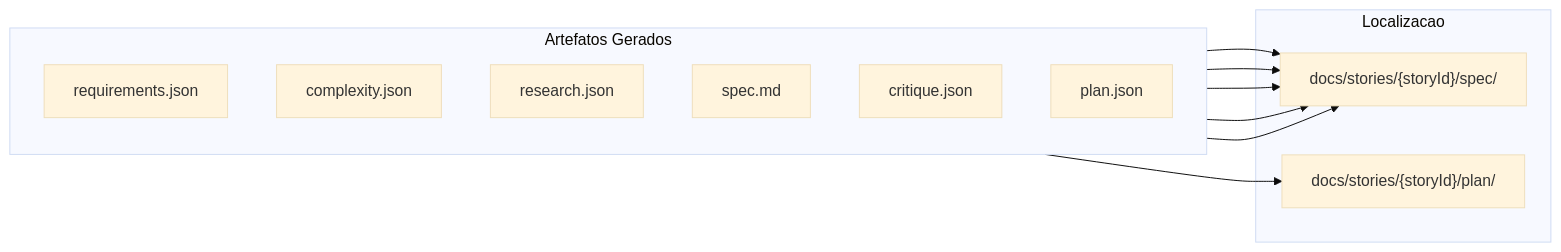
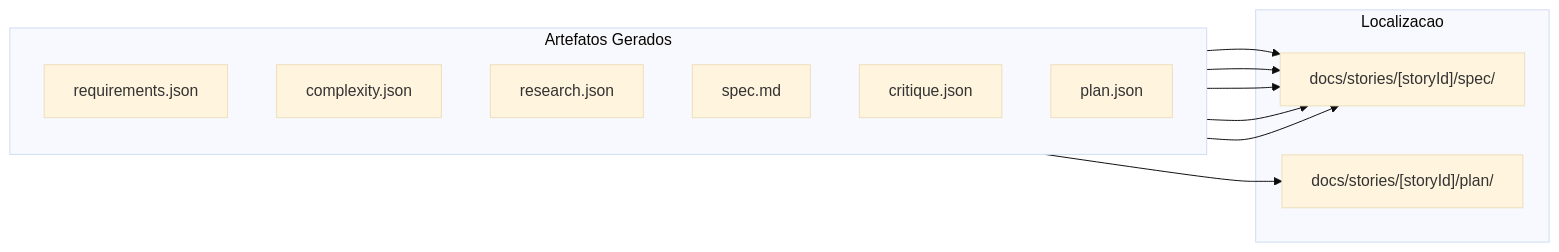
Diagram 11 of 17 in content/en/docs/guides/workflows/SPEC-PIPELINE-WORKFLOW.mdx (bychrisr/aios-docs), drawn with Mermaid (base theme) before and after one commit. The commit also changed other lines of this file and 40 other files, not shown here.

````diff
--- a/content/en/docs/guides/workflows/SPEC-PIPELINE-WORKFLOW.mdx
+++ b/content/en/docs/guides/workflows/SPEC-PIPELINE-WORKFLOW.mdx
@@ -791,24 +791,24 @@
 ```mermaid
 flowchart LR
     subgraph OUTPUT["Artefatos Gerados"]
         direction TB
         O1["requirements.json"]
         O2["complexity.json"]
         O3["research.json"]
         O4["spec.md"]
         O5["critique.json"]
         O6["plan.json"]
     end
 
     subgraph LOCATION["Localizacao"]
-        L["docs/stories/{storyId}/spec/"]
-        LP["docs/stories/{storyId}/plan/"]
+        L["docs/stories/[storyId]/spec/"]
+        LP["docs/stories/[storyId]/plan/"]
     end
 
     O1 --> L
     O2 --> L
     O3 --> L
     O4 --> L
     O5 --> L
     O6 --> LP
 ```
````
